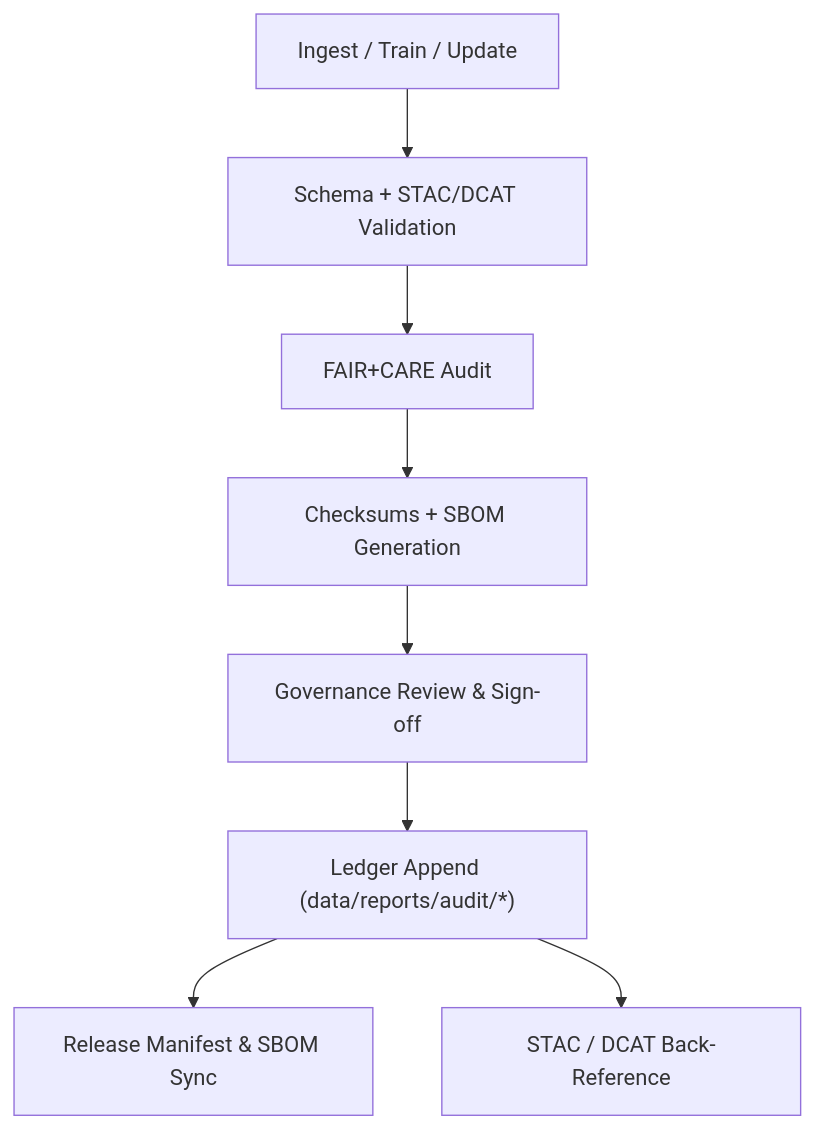
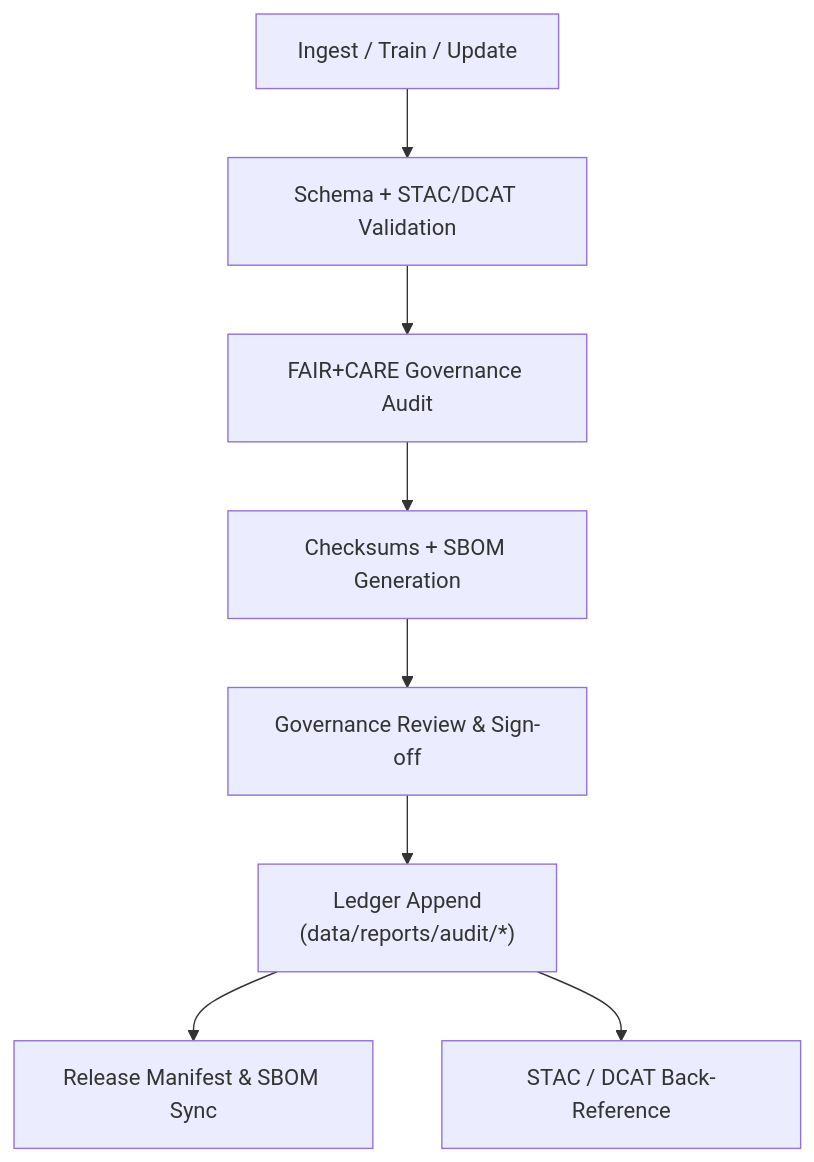
One commit to bartytime4life/Kansas-Frontier-Matrix changed the diagram in data/reports/audit/README.md. Above: the diagram before and after it, drawn with Mermaid. The commit also changed other lines of this file, not shown here.

````diff
--- a/data/reports/audit/README.md
+++ b/data/reports/audit/README.md
@@ -116,10 +146,10 @@
 ```mermaid
 flowchart TD
   E["Ingest / Train / Update"] --> V["Schema + STAC/DCAT Validation"]
-  V --> F["FAIR+CARE Audit"]
+  V --> F["FAIR+CARE Governance Audit"]
   F --> C["Checksums + SBOM Generation"]
   C --> R["Governance Review & Sign-off"]
-  R --> L["Ledger Append (data/reports/audit/*)"]
+  R --> L["Ledger Append\n(data/reports/audit/*)"]
   L --> M["Release Manifest & SBOM Sync"]
   L --> B["STAC / DCAT Back-Reference"]
 ```
````
